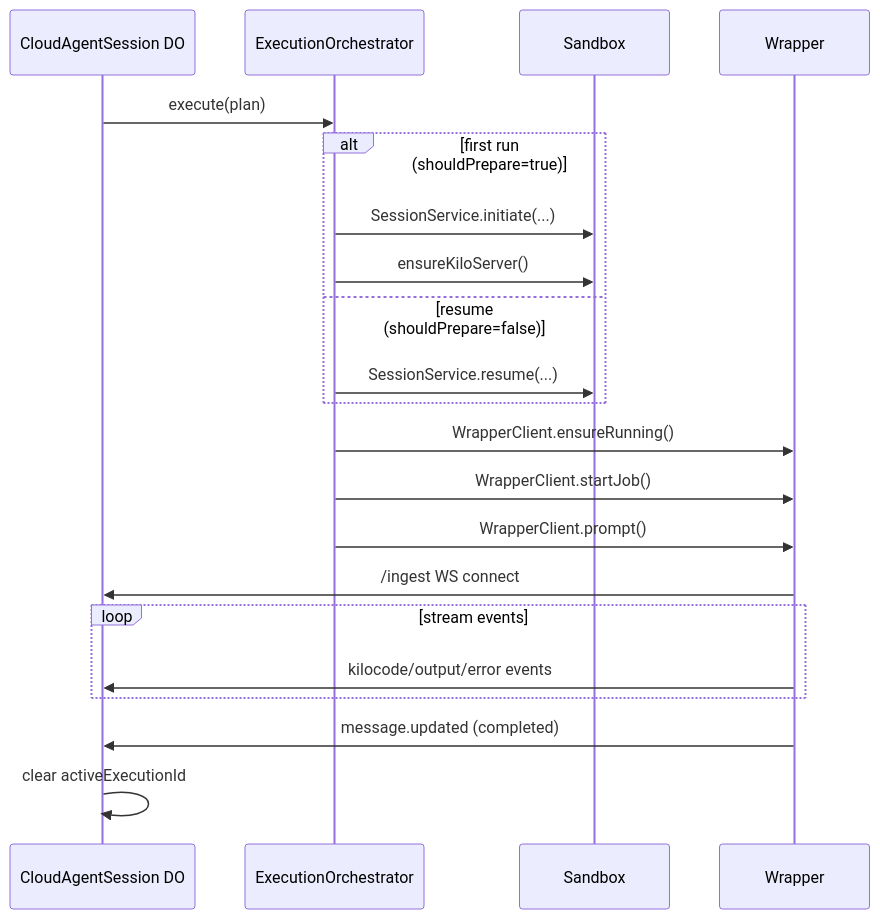
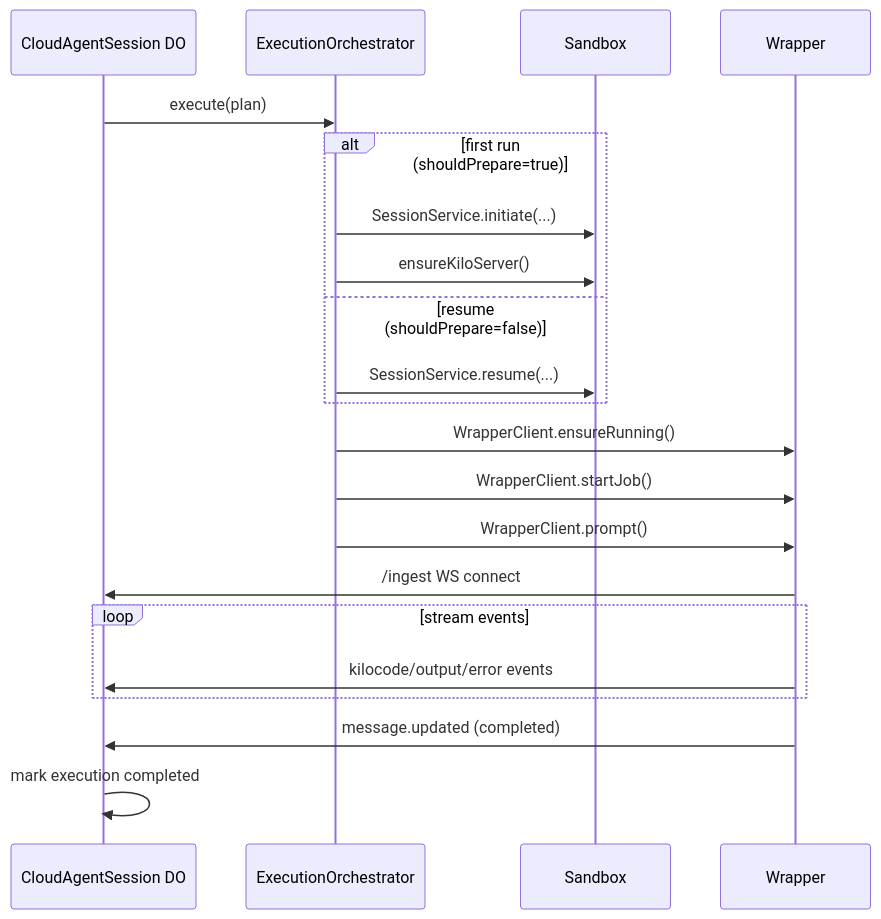
One commit to Kilo-Org/cloud changed the third of 9 diagrams in services/cloud-agent-next/docs/diagrams.md. Above: the diagram before and after it, drawn with Mermaid. The commit also changed other lines of this file and 180 other files, not shown here.

````diff
--- a/services/cloud-agent-next/docs/diagrams.md
+++ b/services/cloud-agent-next/docs/diagrams.md
@@ -58,27 +53,27 @@
 ```mermaid
 sequenceDiagram
   participant DO as CloudAgentSession DO
   participant Orch as ExecutionOrchestrator
   participant SB as Sandbox
   participant Wrap as Wrapper
 
   DO->>Orch: execute(plan)
 
   alt first run (shouldPrepare=true)
     Orch->>SB: SessionService.initiate(...)
     Orch->>SB: ensureKiloServer()
   else resume (shouldPrepare=false)
     Orch->>SB: SessionService.resume(...)
   end
 
   Orch->>Wrap: WrapperClient.ensureRunning()
   Orch->>Wrap: WrapperClient.startJob()
   Orch->>Wrap: WrapperClient.prompt()
 
   Wrap->>DO: /ingest WS connect
   loop stream events
     Wrap->>DO: kilocode/output/error events
   end
   Wrap->>DO: message.updated (completed)
-  DO->>DO: clear activeExecutionId
+  DO->>DO: mark execution completed
 ```
````
